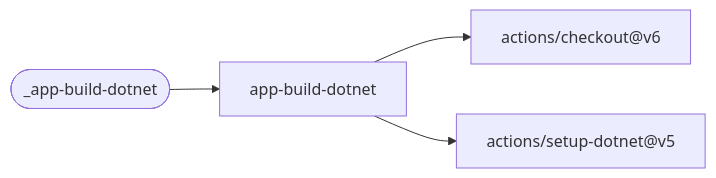
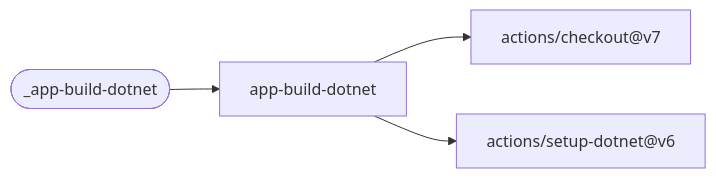
The first of 15 diagrams in README.md (f2calv/gha-workflows), drawn with Mermaid before and after one commit. The commit also changed other lines of this file, not shown here.

````diff
--- a/README.md
+++ b/README.md
@@ -76,7 +89,7 @@
 ```mermaid
 flowchart LR
     classDef f2calv fill:#dbeafe,stroke:#2563eb,color:#1e3a5f
     W(["_app-build-dotnet"]) --> J["app-build-dotnet"]
-    J --> A1["actions/checkout@v6"]
-    J --> A2["actions/setup-dotnet@v5"]
+    J --> A1["actions/checkout@v7"]
+    J --> A2["actions/setup-dotnet@v6"]
 ```
````
